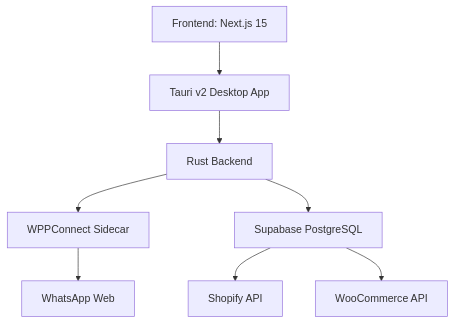
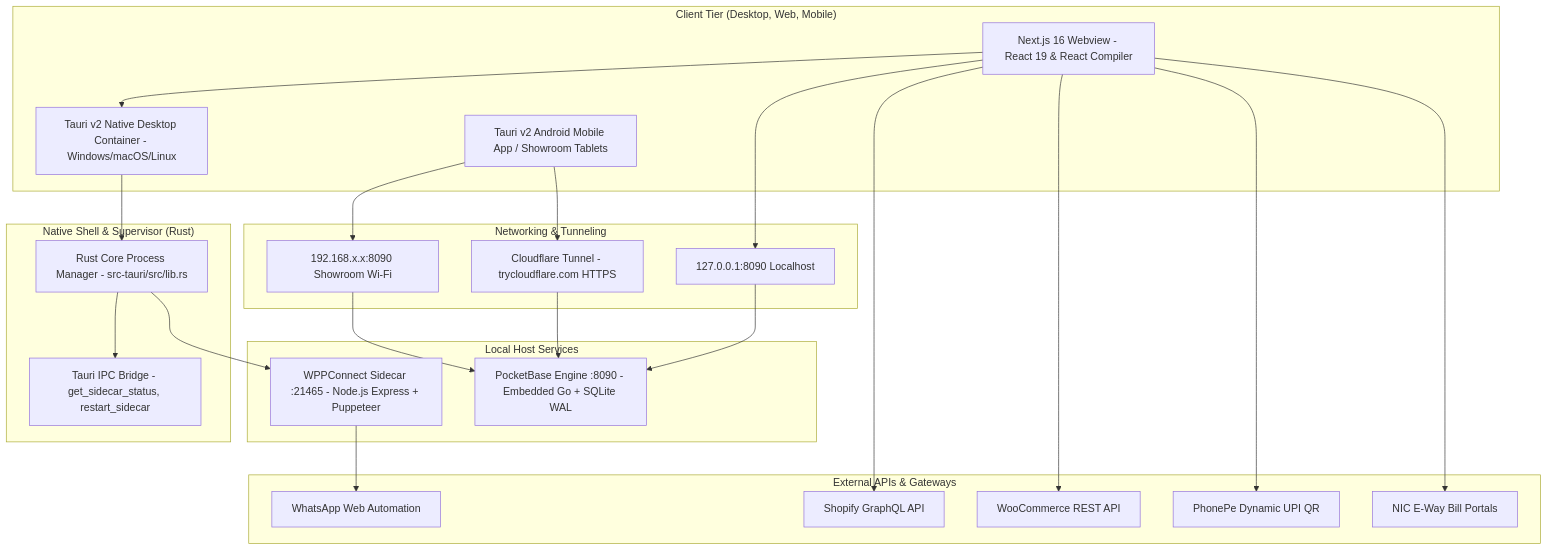
The first of 2 diagrams in docs/TECHNICAL_REPORT.md (sivanandz/luminila_ERP), drawn with Mermaid before and after one commit. The commit also changed other lines of this file and 86 other files, not shown here.

````diff
--- a/docs/TECHNICAL_REPORT.md
+++ b/docs/TECHNICAL_REPORT.md
@@ -11,10 +13,48 @@
 ```mermaid
 graph TD
-    A[Frontend: Next.js 15] --> B[Tauri v2 Desktop App]
-    B --> C[Rust Backend]
-    C --> D[WPPConnect Sidecar]
-    C --> E[Supabase PostgreSQL]
-    E --> F[Shopify API]
-    E --> G[WooCommerce API]
-    D --> H[WhatsApp Web]
+    subgraph Client Tier ["Client Tier (Desktop, Web, Mobile)"]
+        A[Next.js 16 Webview - React 19 & React Compiler]
+        B[Tauri v2 Native Desktop Container - Windows/macOS/Linux]
+        M[Tauri v2 Android Mobile App / Showroom Tablets]
+    end
+
+    subgraph Native Shell ["Native Shell & Supervisor (Rust)"]
+        C[Rust Core Process Manager - src-tauri/src/lib.rs]
+        IPC[Tauri IPC Bridge - get_sidecar_status, restart_sidecar]
+    end
+
+    subgraph Service Tier ["Local Host Services"]
+        D[WPPConnect Sidecar :21465 - Node.js Express + Puppeteer]
+        E[PocketBase Engine :8090 - Embedded Go + SQLite WAL]
+    end
+
+    subgraph Connectivity ["Networking & Tunneling"]
+        Loopback[127.0.0.1:8090 Localhost]
+        LAN[192.168.x.x:8090 Showroom Wi-Fi]
+        Tunnel[Cloudflare Tunnel - trycloudflare.com HTTPS]
+    end
+
+    subgraph External Platforms ["External APIs & Gateways"]
+        F[Shopify GraphQL API]
+        G[WooCommerce REST API]
+        H[PhonePe Dynamic UPI QR]
+        W[WhatsApp Web Automation]
+        GST[NIC E-Way Bill Portals]
+    end
+
+    A --> B
+    B --> C
+    C --> IPC
+    C --> D
+    M --> LAN
+    M --> Tunnel
+    A --> Loopback
+    Loopback --> E
+    LAN --> E
+    Tunnel --> E
+    D --> W
+    A --> F
+    A --> G
+    A --> H
+    A --> GST
 ```
````
